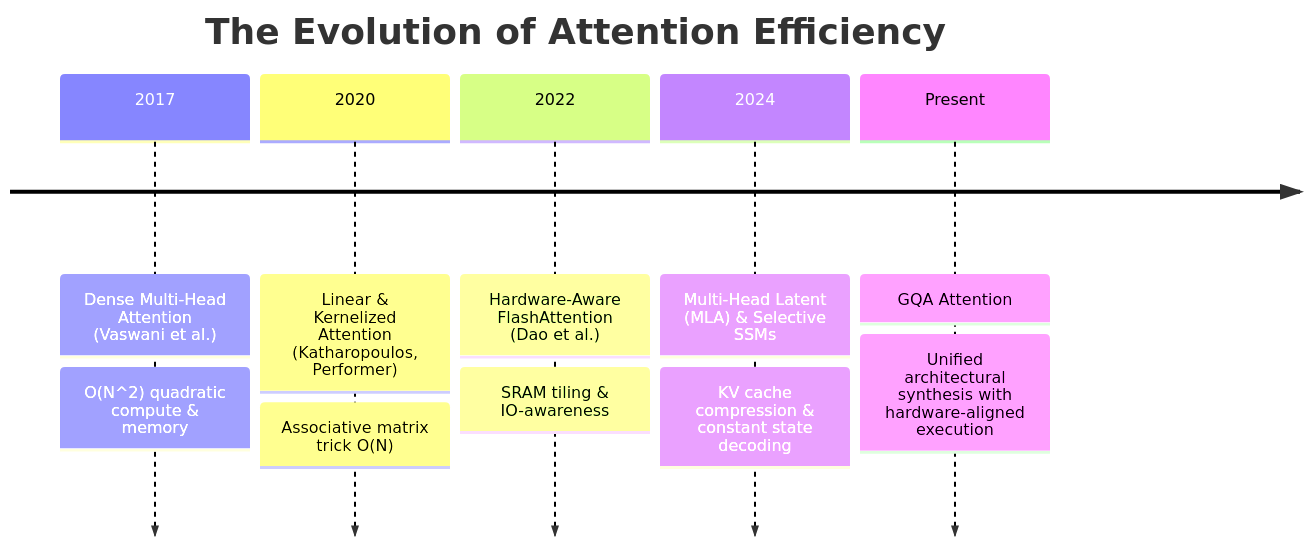
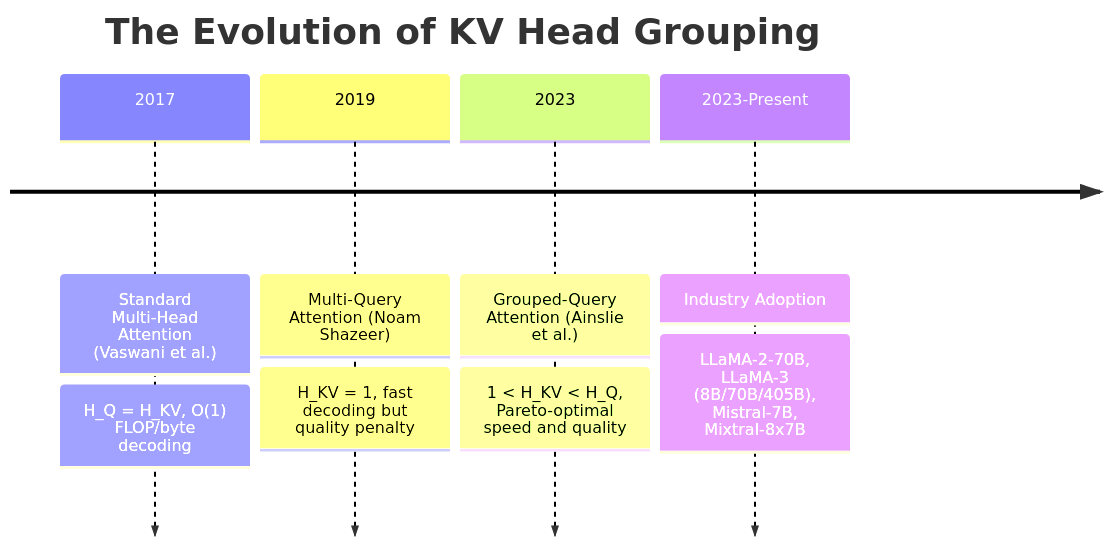
One commit to tahamajs/NeuralOps changed the first of 2 diagrams in Docs/content/attentions_blog/gqa_attention_blog.md. Above: the diagram before and after it, drawn with Mermaid. The commit also changed other lines of this file and 19 other files, not shown here.

````diff
--- a/Docs/content/attentions_blog/gqa_attention_blog.md
+++ b/Docs/content/attentions_blog/gqa_attention_blog.md
@@ -58,9 +74,8 @@
 ```mermaid
 timeline
-    title The Evolution of Attention Efficiency
-    2017 : Dense Multi-Head Attention (Vaswani et al.) : O(N^2) quadratic compute & memory
-    2020 : Linear & Kernelized Attention (Katharopoulos, Performer) : Associative matrix trick O(N)
-    2022 : Hardware-Aware FlashAttention (Dao et al.) : SRAM tiling & IO-awareness
-    2024 : Multi-Head Latent (MLA) & Selective SSMs : KV cache compression & constant state decoding
-    Present : GQA Attention : Unified architectural synthesis with hardware-aligned execution
+    title The Evolution of KV Head Grouping
+    2017 : Standard Multi-Head Attention (Vaswani et al.) : H_Q = H_KV, O(1) FLOP/byte decoding
+    2019 : Multi-Query Attention (Noam Shazeer) : H_KV = 1, fast decoding but quality penalty
+    2023 : Grouped-Query Attention (Ainslie et al.) : 1 < H_KV < H_Q, Pareto-optimal speed and quality
+    2023-Present : Industry Adoption : LLaMA-2-70B, LLaMA-3 (8B/70B/405B), Mistral-7B, Mixtral-8x7B
 ```
````
